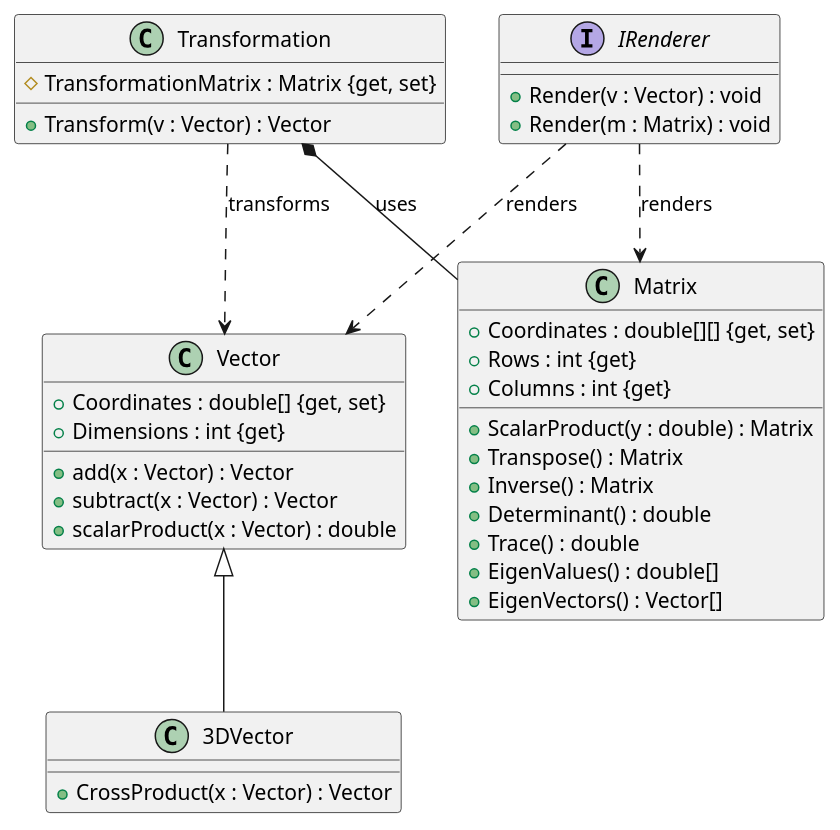
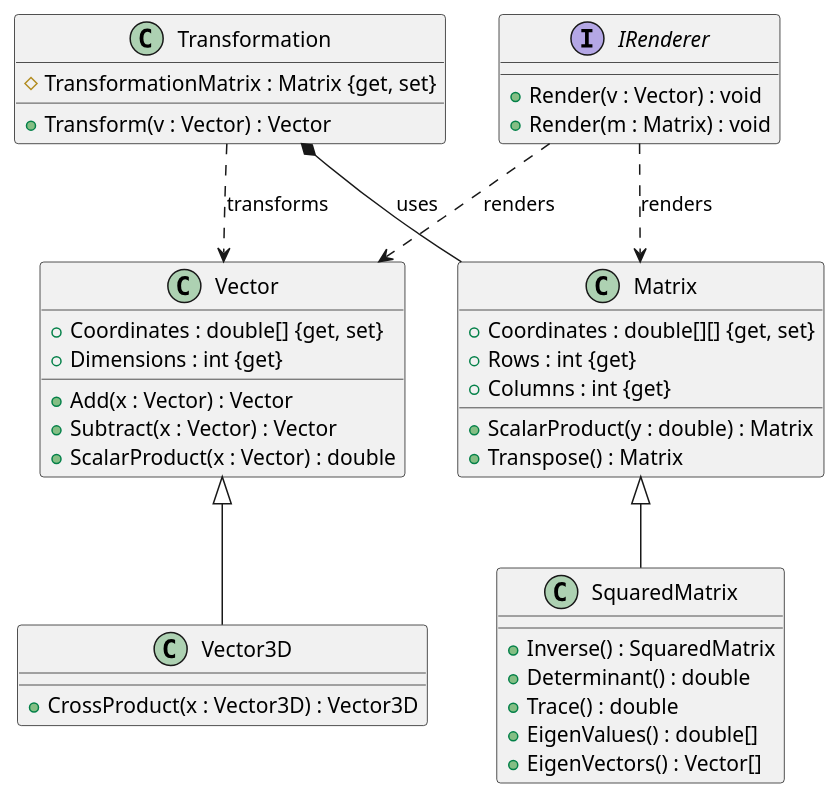
One commit to AyoubThemry/Eigenflow changed the diagram in docs/classdiagram.puml. Above: the diagram before and after it, drawn with PlantUML. The commit also changed 2 other files, not shown here.

Commit message:
Fixing the ClassDiagram And Refactoring Class Matrix
Refactoring was needed to avoid violating Liskov Substitution Principle

```diff
--- a/docs/classdiagram.puml
+++ b/docs/classdiagram.puml
@@ -1,44 +1,45 @@
 @startuml
 
 class Vector {
   + Coordinates : double[] {get, set}
   + Dimensions : int {get}
-  + add(x : Vector) : Vector
-  + subtract(x : Vector) : Vector
-  + scalarProduct(x : Vector) : double
-  
-  
+  + Add(x : Vector) : Vector
+  + Subtract(x : Vector) : Vector
+  + ScalarProduct(x : Vector) : double
 }
-class 3DVector extends Vector  {
-  + CrossProduct(x : Vector) : Vector
+class Vector3D extends Vector  {
+  + CrossProduct(x : Vector3D) : Vector3D
 }
 
 class Matrix {
   + Coordinates : double[][] {get, set}
   + Rows : int {get}
   + Columns : int {get}
   + ScalarProduct(y : double) : Matrix
   + Transpose() : Matrix
-  + Inverse() : Matrix
+
+}
+class SquaredMatrix extends Matrix{
+  + Inverse() : SquaredMatrix
   + Determinant() : double
   + Trace() : double
   + EigenValues() : double[]
   + EigenVectors() : Vector[]
+
 }
-
 class Transformation {
   # TransformationMatrix : Matrix {get, set}
   + Transform(v : Vector) : Vector
 }
 
 interface IRenderer {
   + Render(v : Vector) : void
   + Render(m : Matrix) : void
 }
 
 Transformation *-- Matrix : uses
 Transformation ..> Vector : transforms
 IRenderer ..> Vector : renders
 IRenderer ..> Matrix : renders
 
 @enduml
```
